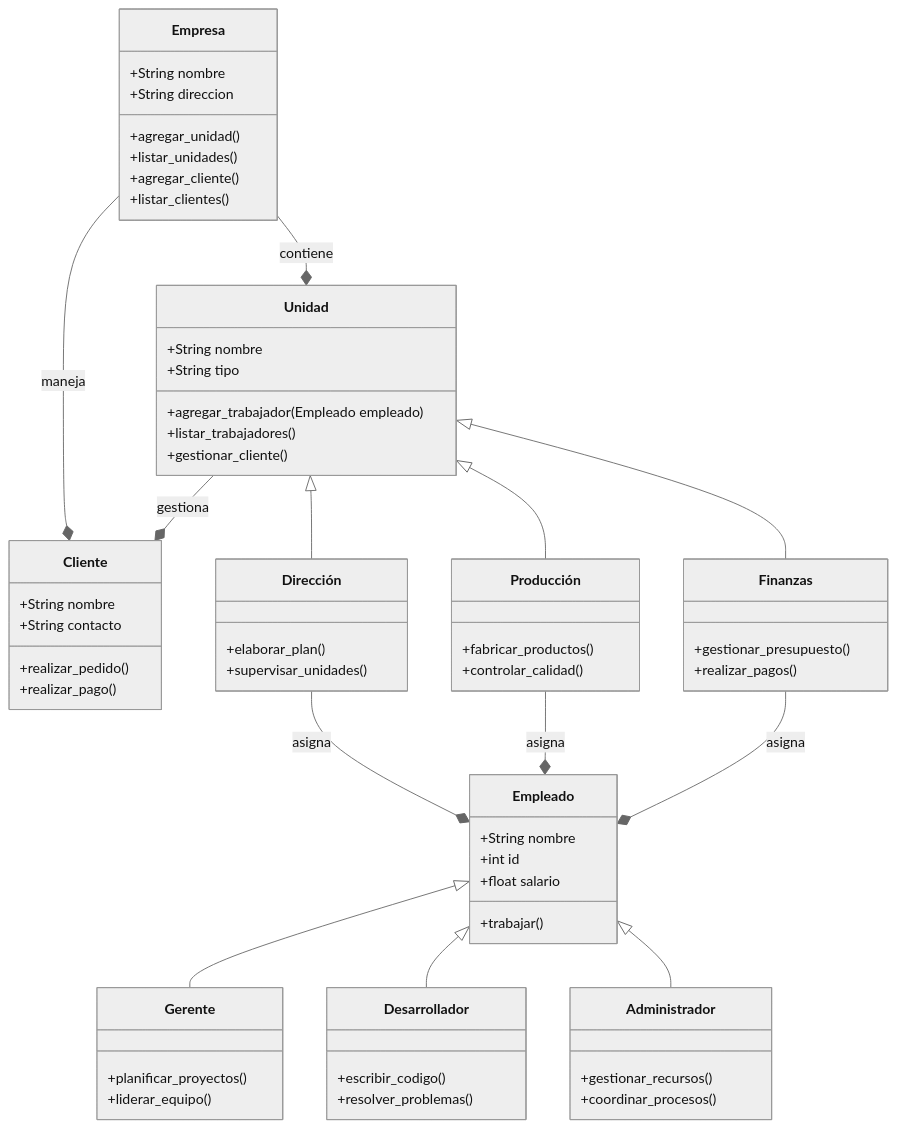
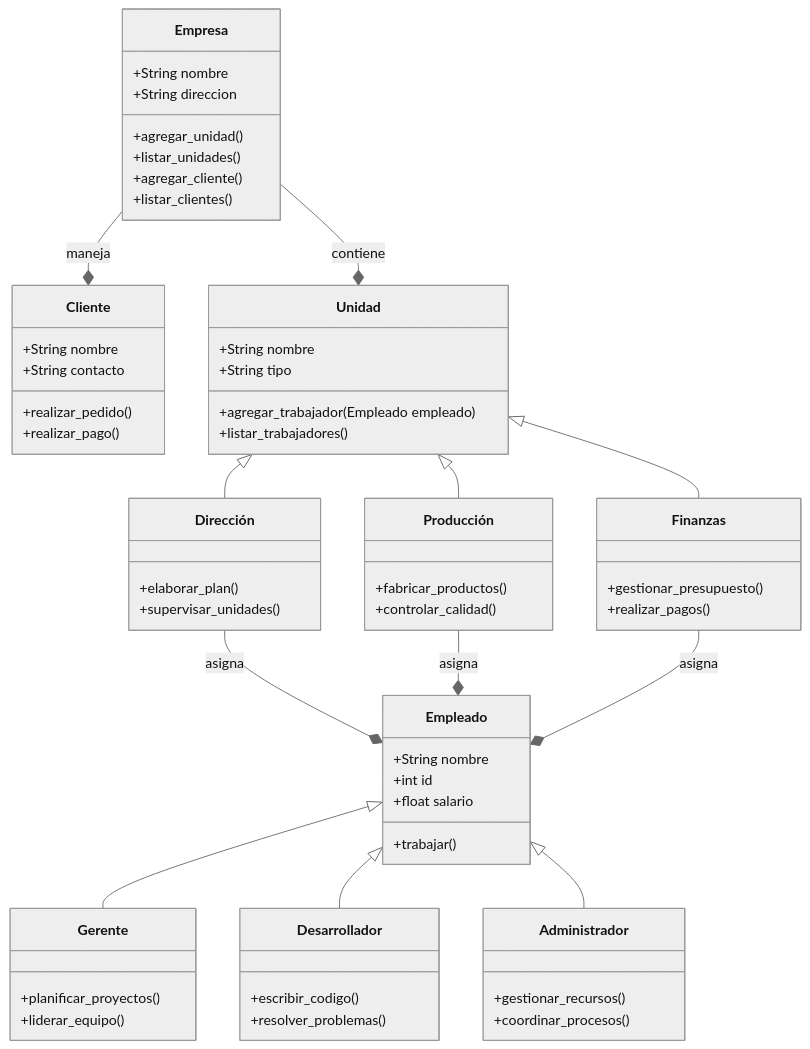
The fifth of 5 diagrams in README.md (santgm56/Reto_2), drawn with Mermaid (neutral theme) before and after one commit.

Commit message:
Reto:Version1.3

````diff
--- a/README.md
+++ b/README.md
@@ -179,69 +179,67 @@
 ```mermaid
 classDiagram
     class Empresa{
         +String nombre
         +String direccion
         +agregar_unidad()
         +listar_unidades()
         +agregar_cliente()
         +listar_clientes()
     }
     class Cliente{
         +String nombre
         +String contacto
         +realizar_pedido()
         +realizar_pago()
     }
     class Unidad{
         +String nombre
         +String tipo
         +agregar_trabajador(Empleado empleado)
         +listar_trabajadores()
-        +gestionar_cliente()
     }
     class Empleado{
         +String nombre
         +int id
         +float salario
         +trabajar()
     }
     Empresa --* Unidad : contiene
     Empresa --* Cliente : maneja
-    Unidad --* Cliente : gestiona
 
     Unidad <|-- Dirección
     Unidad <|-- Producción
     Unidad <|-- Finanzas
     Dirección --*  Empleado: asigna
     Empleado <|-- Gerente
     Producción --*  Empleado: asigna
     Empleado <|-- Desarrollador
     Finanzas --*  Empleado: asigna
 
     Empleado <|-- Administrador
     class Dirección{
         +elaborar_plan()
         +supervisar_unidades()
     }
     class Producción{
         +fabricar_productos()
         +controlar_calidad()
     }
     class Finanzas{
         +gestionar_presupuesto()
         +realizar_pagos()
     }
     class Gerente{
         +planificar_proyectos()
         +liderar_equipo()
     }
     class Desarrollador{
         +escribir_codigo()
         +resolver_problemas()
     }
     class Administrador{
         +gestionar_recursos()
         +coordinar_procesos()
     }
 
 ```
````
